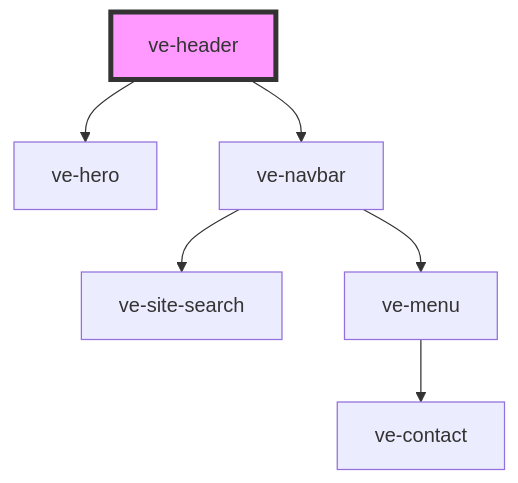
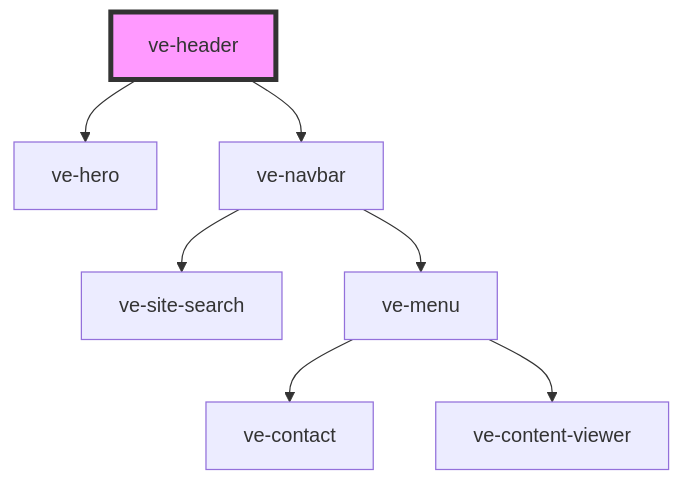
Before and after one commit to visual-essays/web-components: the diagram in src/components/ve-header/readme.md, drawn with Mermaid. The commit also changed 25 other files, not shown here.

Commit message:
site search and content viewer components

````diff
--- a/src/components/ve-header/readme.md
+++ b/src/components/ve-header/readme.md
@@ -32,9 +32,10 @@
 ```mermaid
 graph TD;
   ve-header --> ve-hero
   ve-header --> ve-navbar
   ve-navbar --> ve-site-search
   ve-navbar --> ve-menu
   ve-menu --> ve-contact
+  ve-menu --> ve-content-viewer
   style ve-header fill:#f9f,stroke:#333,stroke-width:4px
 ```
````
